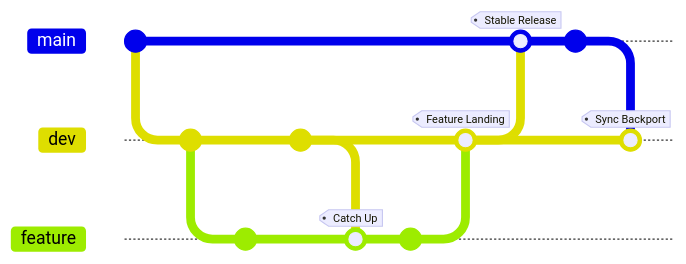
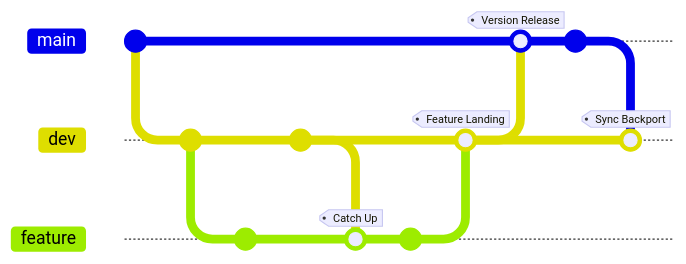
Before and after one commit to kami-lel/hupy: the first of 2 diagrams in docs/cbm_doc.md, drawn with Mermaid. The commit also changed other lines of this file and 21 other files, not shown here. Commit ids are hidden.

````diff
--- a/docs/cbm_doc.md
+++ b/docs/cbm_doc.md
@@ -44,24 +44,24 @@
 ```mermaid
 %%{init: { 'gitGraph': {'showCommitLabel': false} } }%%
 gitGraph
   commit
   branch dev
   checkout dev
   commit
   branch feature
   checkout feature
   commit
   checkout dev
   commit
   checkout feature
   merge dev tag: "Catch Up"
   commit
   checkout dev
   merge feature tag: "Feature Landing"
   checkout main
-  merge dev tag: "Stable Release"
+  merge dev tag: "Version Release"
   checkout main
   commit
   checkout dev
   merge main tag: "Sync Backport"
 ```
````
